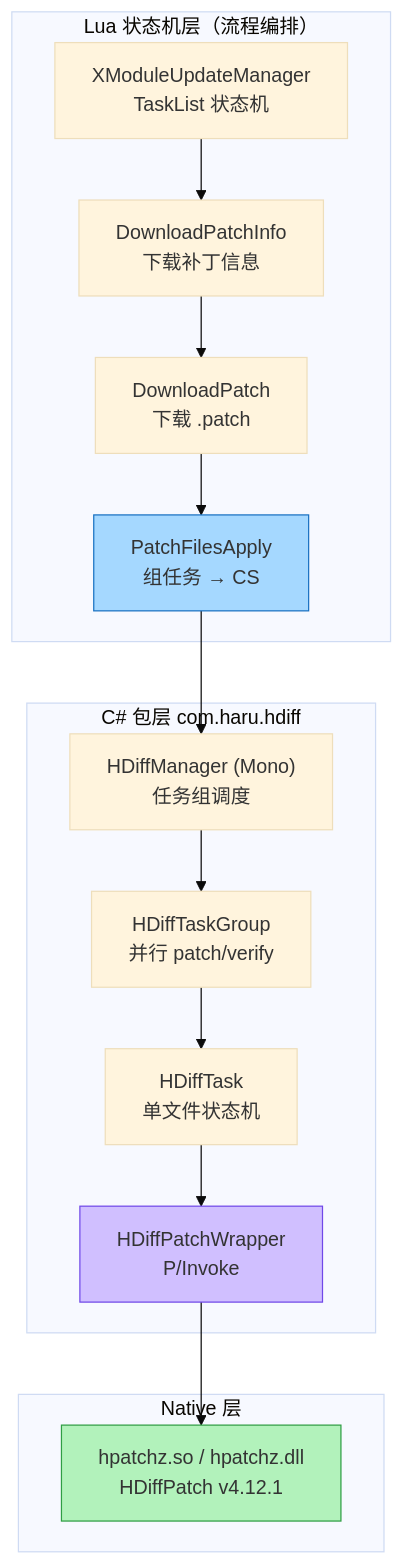
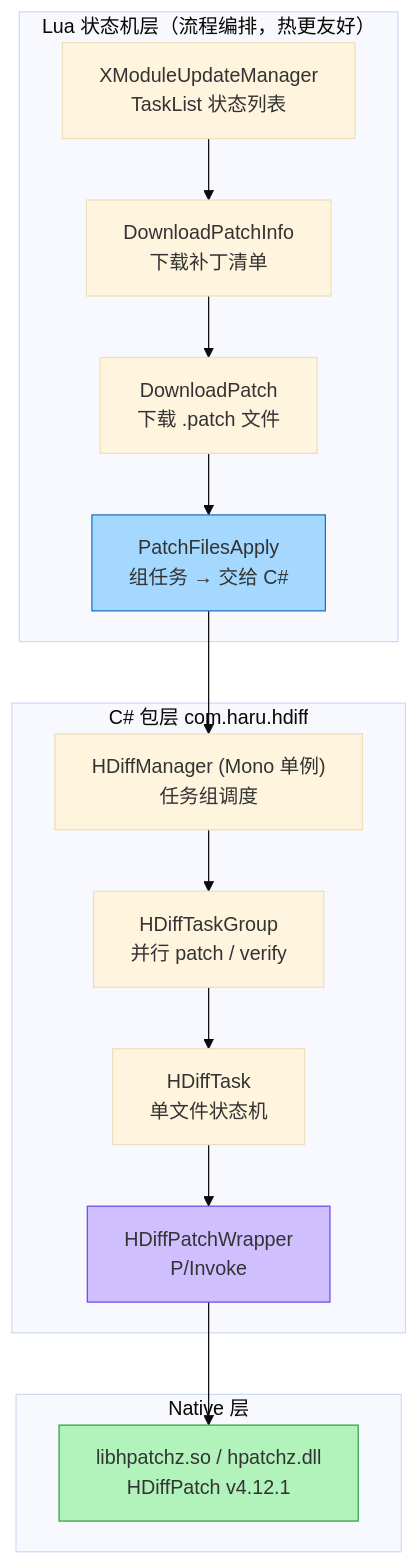
One commit to fankidark/tech-site changed the first of 2 diagrams in docs/hot-update/hdiff-unity.md. Above: the diagram before and after it, drawn with Mermaid (base theme). The commit also changed other lines of this file and 14 other files, not shown here.

First line of the commit message:
hot-update: 差分系列 10 篇图文改造 + 3 个新组件

````diff
--- a/docs/hot-update/hdiff-unity.md
+++ b/docs/hot-update/hdiff-unity.md
@@ -8,22 +42,22 @@
 ```mermaid
 flowchart TB
-    subgraph lua["Lua 状态机层（流程编排）"]
-        L1["XModuleUpdateManager<br/>TaskList 状态机"] --> L2["DownloadPatchInfo<br/>下载补丁信息"]
-        L2 --> L3["DownloadPatch<br/>下载 .patch"]
-        L3 --> L4["PatchFilesApply<br/>组任务 → CS"]
+    subgraph lua["Lua 状态机层（流程编排，热更友好）"]
+        L1["XModuleUpdateManager<br/>TaskList 状态列表"] --> L2["DownloadPatchInfo<br/>下载补丁清单"]
+        L2 --> L3["DownloadPatch<br/>下载 .patch 文件"]
+        L3 --> L4["PatchFilesApply<br/>组任务 → 交给 C#"]
     end
     subgraph cs["C# 包层 com.haru.hdiff"]
-        C1["HDiffManager (Mono)<br/>任务组调度"] --> C2["HDiffTaskGroup<br/>并行 patch/verify"]
+        C1["HDiffManager (Mono 单例)<br/>任务组调度"] --> C2["HDiffTaskGroup<br/>并行 patch / verify"]
         C2 --> C3["HDiffTask<br/>单文件状态机"]
         C3 --> C4["HDiffPatchWrapper<br/>P/Invoke"]
     end
     subgraph native["Native 层"]
-        N1["hpatchz.so / hpatchz.dll<br/>HDiffPatch v4.12.1"]
+        N1["libhpatchz.so / hpatchz.dll<br/>HDiffPatch v4.12.1"]
     end
     L4 --> C1
     C4 --> N1
 
     style L4 fill:#a5d8ff,stroke:#1971c2
     style C4 fill:#d0bfff,stroke:#7048e8
     style N1 fill:#b2f2bb,stroke:#2f9e44
 ```
````
